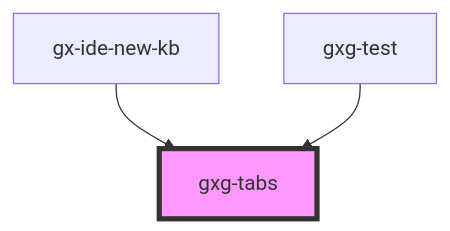
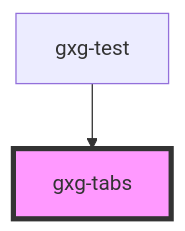
Before and after one commit to genexuslabs/gemini: the diagram in src/components/tabs/readme.md, drawn with Mermaid. The commit also changed other lines of this file and 59 other files, not shown here.

````diff
--- a/src/components/tabs/readme.md
+++ b/src/components/tabs/readme.md
@@ -131,6 +130,5 @@
 ```mermaid
 graph TD;
-  gx-ide-new-kb --> gxg-tabs
   gxg-test --> gxg-tabs
   style gxg-tabs fill:#f9f,stroke:#333,stroke-width:4px
 ```
````
